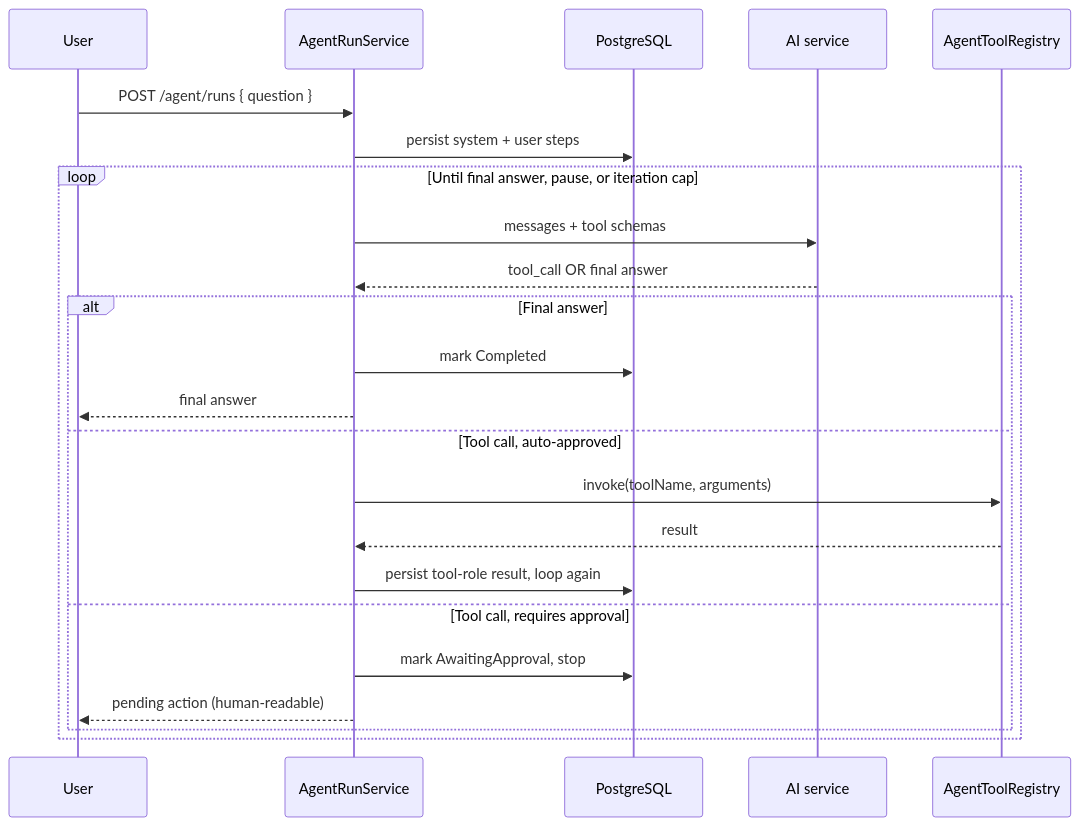
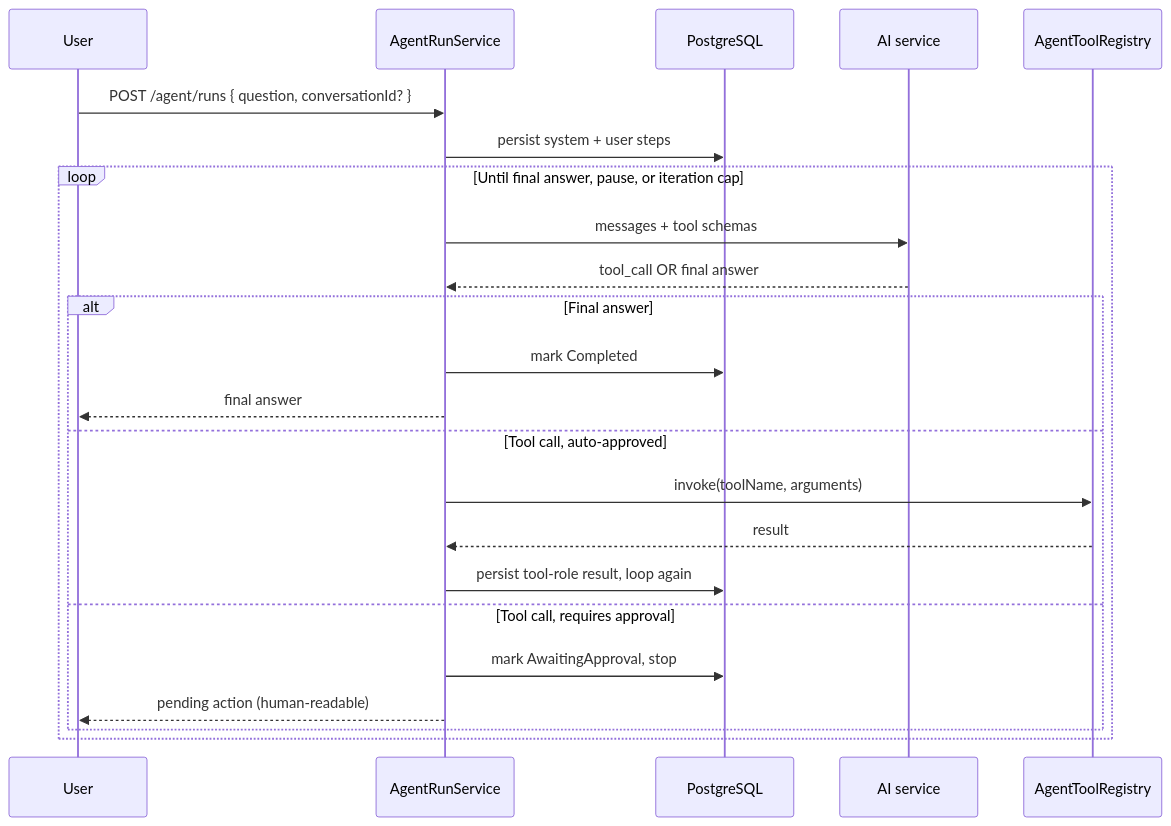
The second of 4 diagrams in docs/agent.md (AhmadAbughanam/amanah-drive), drawn with Mermaid before and after one commit. The commit also changed other lines of this file and 16 other files, not shown here.

First line of the commit message:
Add agent conversation continuity

````diff
--- a/docs/agent.md
+++ b/docs/agent.md
@@ -61,26 +61,26 @@
 ```mermaid
 sequenceDiagram
     participant U as User
     participant A as AgentRunService
     participant DB as PostgreSQL
     participant AI as AI service
     participant T as AgentToolRegistry
 
-    U->>A: POST /agent/runs { question }
+    U->>A: POST /agent/runs { question, conversationId? }
     A->>DB: persist system + user steps
     loop Until final answer, pause, or iteration cap
         A->>AI: messages + tool schemas
         AI-->>A: tool_call OR final answer
         alt Final answer
             A->>DB: mark Completed
             A-->>U: final answer
         else Tool call, auto-approved
             A->>T: invoke(toolName, arguments)
             T-->>A: result
             A->>DB: persist tool-role result, loop again
         else Tool call, requires approval
             A->>DB: mark AwaitingApproval, stop
             A-->>U: pending action (human-readable)
         end
     end
 ```
````
